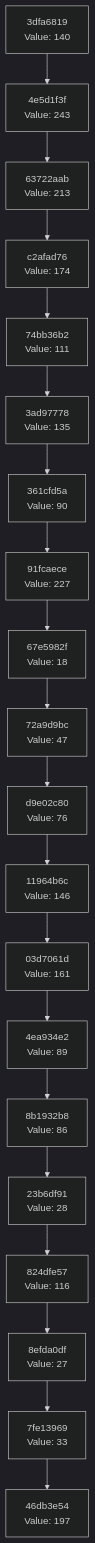
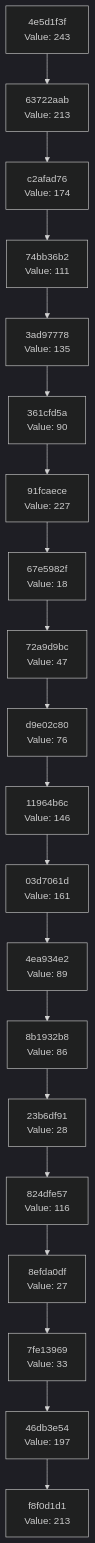
Before and after one commit to Abhisheksinha1506/hash-chain-evolver: the diagram in docs/CHAIN_VISUALIZATION.md, drawn with Mermaid (dark theme). The commit also changed 2 other files, not shown here.

Commit message:
Evolution Step

````diff
--- a/docs/CHAIN_VISUALIZATION.md
+++ b/docs/CHAIN_VISUALIZATION.md
@@ -3,42 +3,42 @@
 ```mermaid
 graph TD
-    C0["46db3e54<br/>Value: 197"]
-    C1["7fe13969<br/>Value: 33"]
+    C0["f8f0d1d1<br/>Value: 213"]
+    C1["46db3e54<br/>Value: 197"]
     C1 --> C0
-    C2["8efda0df<br/>Value: 27"]
+    C2["7fe13969<br/>Value: 33"]
     C2 --> C1
-    C3["824dfe57<br/>Value: 116"]
+    C3["8efda0df<br/>Value: 27"]
     C3 --> C2
-    C4["23b6df91<br/>Value: 28"]
+    C4["824dfe57<br/>Value: 116"]
     C4 --> C3
-    C5["8b1932b8<br/>Value: 86"]
+    C5["23b6df91<br/>Value: 28"]
     C5 --> C4
-    C6["4ea934e2<br/>Value: 89"]
+    C6["8b1932b8<br/>Value: 86"]
     C6 --> C5
-    C7["03d7061d<br/>Value: 161"]
+    C7["4ea934e2<br/>Value: 89"]
     C7 --> C6
-    C8["11964b6c<br/>Value: 146"]
+    C8["03d7061d<br/>Value: 161"]
     C8 --> C7
-    C9["d9e02c80<br/>Value: 76"]
+    C9["11964b6c<br/>Value: 146"]
     C9 --> C8
-    C10["72a9d9bc<br/>Value: 47"]
+    C10["d9e02c80<br/>Value: 76"]
     C10 --> C9
-    C11["67e5982f<br/>Value: 18"]
+    C11["72a9d9bc<br/>Value: 47"]
     C11 --> C10
-    C12["91fcaece<br/>Value: 227"]
+    C12["67e5982f<br/>Value: 18"]
     C12 --> C11
-    C13["361cfd5a<br/>Value: 90"]
+    C13["91fcaece<br/>Value: 227"]
     C13 --> C12
-    C14["3ad97778<br/>Value: 135"]
+    C14["361cfd5a<br/>Value: 90"]
     C14 --> C13
-    C15["74bb36b2<br/>Value: 111"]
+    C15["3ad97778<br/>Value: 135"]
     C15 --> C14
-    C16["c2afad76<br/>Value: 174"]
+    C16["74bb36b2<br/>Value: 111"]
     C16 --> C15
-    C17["63722aab<br/>Value: 213"]
+    C17["c2afad76<br/>Value: 174"]
     C17 --> C16
-    C18["4e5d1f3f<br/>Value: 243"]
+    C18["63722aab<br/>Value: 213"]
     C18 --> C17
-    C19["3dfa6819<br/>Value: 140"]
+    C19["4e5d1f3f<br/>Value: 243"]
     C19 --> C18
 ```
````
